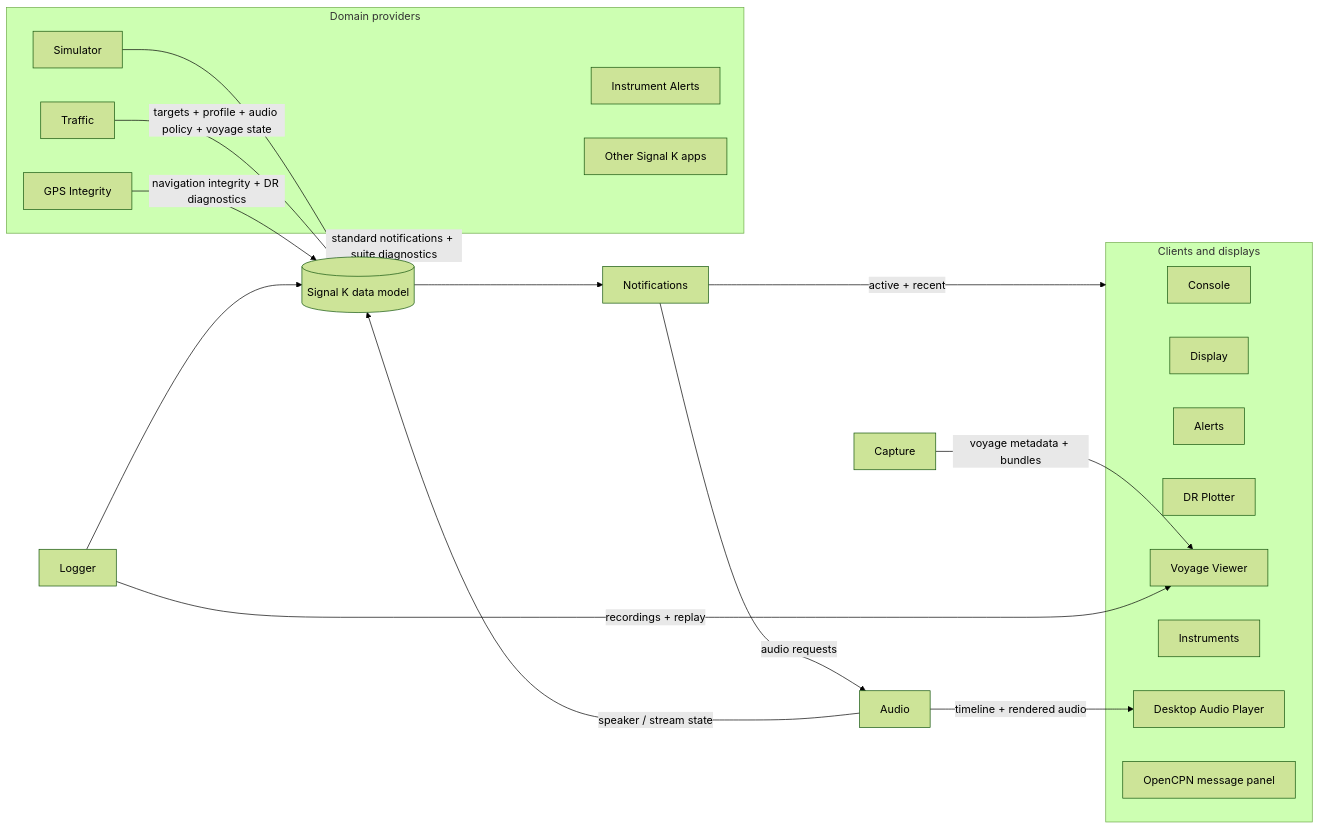
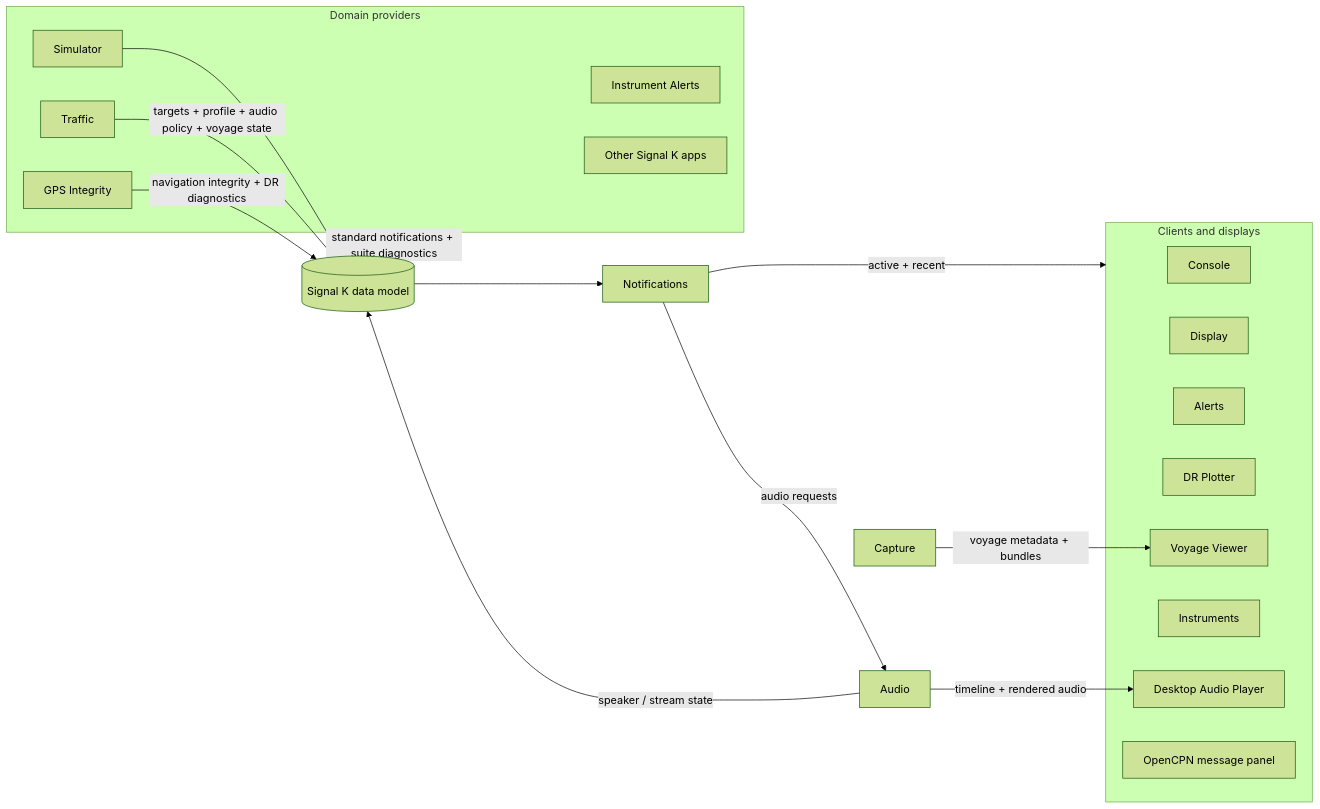
One commit to ajrm-marine-suite/ajrm-marine-architecture changed the diagram in docs/ajrm-marine-suite-architecture-2026.md. Above: the diagram before and after it, drawn with Mermaid (forest theme). The commit also changed other lines of this file and 3 other files, not shown here.

````diff
--- a/docs/ajrm-marine-suite-architecture-2026.md
+++ b/docs/ajrm-marine-suite-architecture-2026.md
@@ -87,42 +86,39 @@
 ```mermaid
 flowchart LR
   SK[("Signal K data model")]
 
   subgraph Providers["Domain providers"]
     Traffic["Traffic"]
     GPS["GPS Integrity"]
     InstrAlerts["Instrument Alerts"]
     Sim["Simulator"]
     Other["Other Signal K apps"]
   end
 
   Notifications["Notifications"]
   Audio["Audio"]
   Capture["Capture"]
-  Logger["Logger"]
 
   subgraph Clients["Clients and displays"]
     Console["Console"]
     Display["Display"]
     Alerts["Alerts"]
     Plotter["DR Plotter"]
     Viewer["Voyage Viewer"]
     Instruments["Instruments"]
     Player["Desktop Audio Player"]
     OpenCPN["OpenCPN message panel"]
   end
 
   Sim --> SK
-  Logger --> SK
   SK --> Providers
   Providers -->|"standard notifications + suite diagnostics"| SK
   SK --> Notifications
   Notifications -->|"active + recent"| Clients
   Notifications -->|"audio requests"| Audio
   Audio -->|"timeline + rendered audio"| Player
   Audio -->|"speaker / stream state"| SK
   Traffic -->|"targets + profile + audio policy + voyage state"| SK
   GPS -->|"navigation integrity + DR diagnostics"| SK
   Capture -->|"voyage metadata + bundles"| Viewer
-  Logger -->|"recordings + replay"| Viewer
 ```
````
